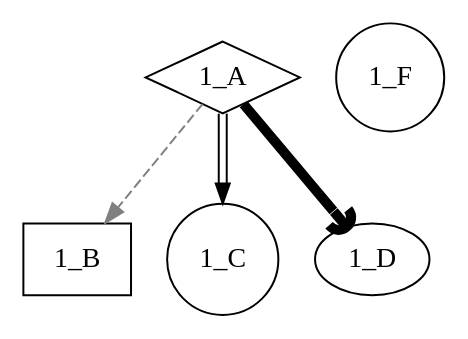
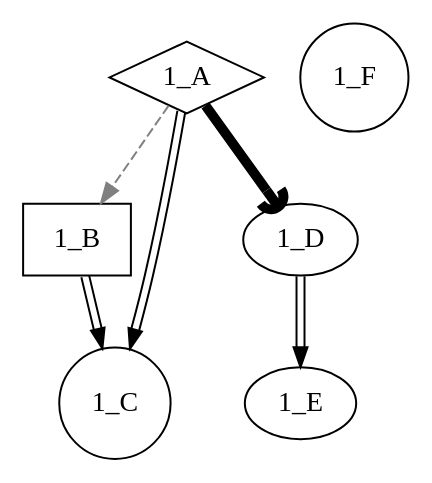
The diagram in theInputFile.dot (uwpktngiengo/DAGmodifier), drawn with Graphviz before and after one commit. The commit also changed 14 other files, not shown here.

```diff
--- a/theInputFile.dot
+++ b/theInputFile.dot
@@ -1,10 +1,12 @@
 digraph D {
   "1_A" [shape=diamond]
   "1_B" [shape=box]
   "1_C" [shape=circle]
   "1_F" [shape=circle]
 
   "1_A" -> "1_B" [style=dashed, color=grey]
   "1_A" -> "1_C" [color="black:invis:black"]
+  "1_B" -> "1_C" [color="black:invis:black"]
+  "1_D" -> "1_E" [color="black:invis:black"]
   "1_A" -> "1_D" [penwidth=5, arrowhead=curve]
 }
```
